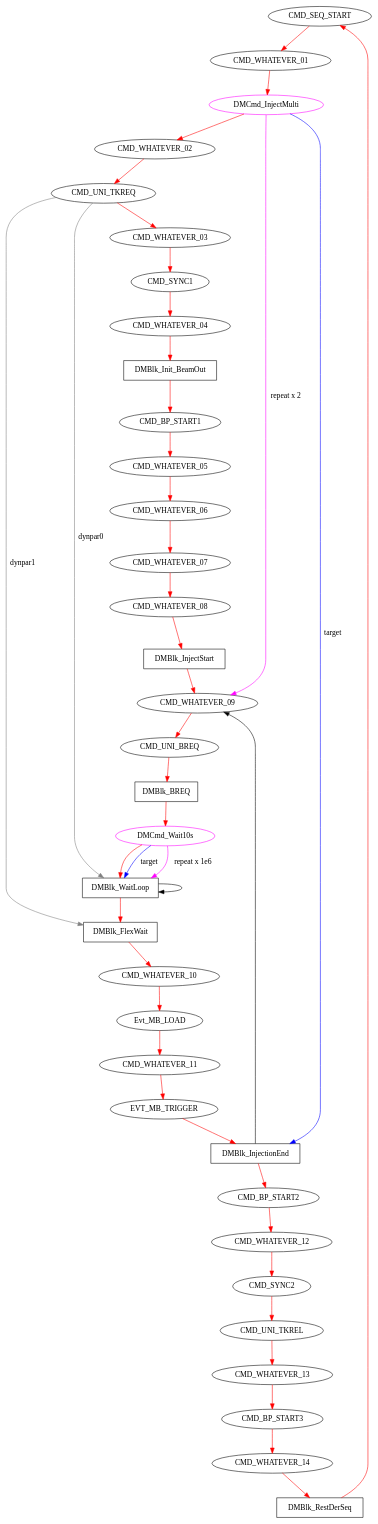
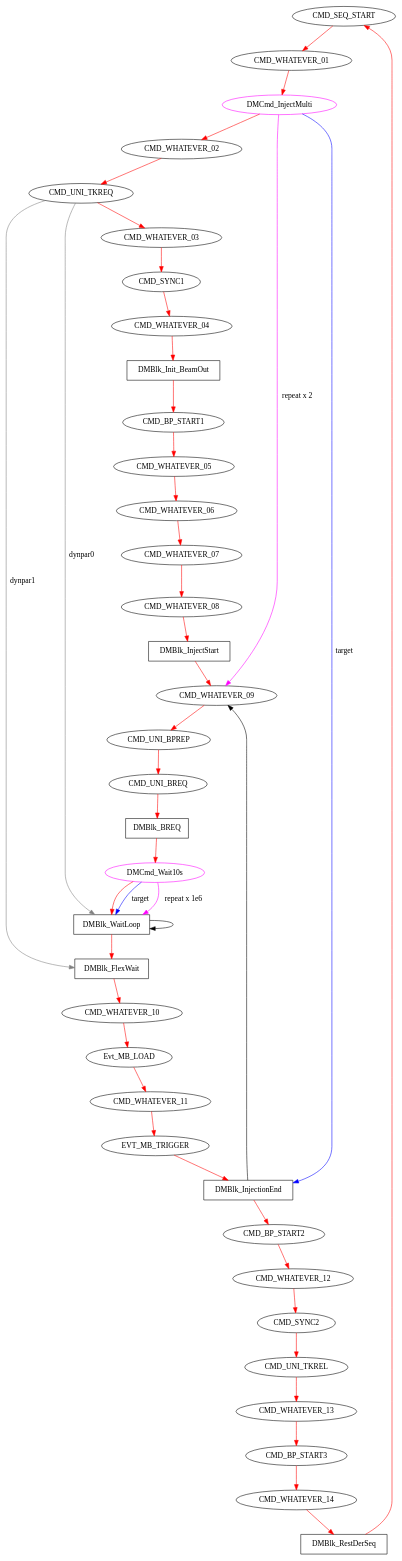
Before and after one commit to GSI-CS-CO/bel_projects: the diagram in modules/dm-unipz/x86/unipz_basic-test.dot, drawn with Graphviz.

Commit message:
dm-unipz: added CMD_UNI_PREP to unipz_basic_test.dot

```diff
--- a/modules/dm-unipz/x86/unipz_basic-test.dot
+++ b/modules/dm-unipz/x86/unipz_basic-test.dot
@@ -1,70 +1,71 @@
 digraph g {
 name="UniPZv01";
 
 graph [rankdir=TB, nodesep=0.6, mindist=0.6, ranksep=0.6, overlap=false]
 node  [type="tmsg",   shape="rectangle", style="filled", fillcolor="white", color="black", cpu="3"]
 edge  [type="defdst", color="red"]
 
-CMD_SEQ_START       [type="tmsg",      pattern="UNIPZ_GATEWAY", patentry="true",   toffs=        0, id="0x112cfaa000000001", par="0x123", shape="oval"]; 
-CMD_WHATEVER_01     [type="tmsg",      pattern="UNIPZ_GATEWAY",                    toffs=      100, id="0x112cfaa000000002", par="0x456", shape="oval"];
-DMCmd_InjectMulti   [type="flow",      pattern="UNIPZ_GATEWAY",                    toffs=      300, vabs="true", tValid=0, qty=1, color="magenta",     shape="oval"]; 
-CMD_WHATEVER_02     [type="tmsg",      pattern="UNIPZ_GATEWAY",                    toffs=      400, id="0x112cfaa000000003", par="0x456", shape="oval"];
-CMD_UNI_TKREQ       [type="tmsg",      pattern="UNIPZ_GATEWAY",                    toffs=      500, id="0x112c15e00000001a", par="0x0",   shape="oval"];
-CMD_WHATEVER_03     [type="tmsg",      pattern="UNIPZ_GATEWAY",                    toffs=     1000, id="0x112cfaa000000004", par="0x456", shape="oval"];
-CMD_SYNC1           [type="tmsg",      pattern="UNIPZ_GATEWAY",                    toffs= 28000000, id="0x112cfaa000000005", par="0x456", shape="oval"];
-CMD_WHATEVER_04     [type="tmsg",      pattern="UNIPZ_GATEWAY",                    toffs= 30000000, id="0x112cfaa000000006", par="0x456", shape="oval"];
-DMBlk_Init_BeamOut  [type="block",     pattern="UNIPZ_GATEWAY",                  tperiod=214000500];                                  
+CMD_SEQ_START       [type="tmsg",      pattern="UNIPZ_GATEWAY", patentry="true",   toffs=         0, id="0x112cfaa000000001", par="0x123", shape="oval"]; 
+CMD_WHATEVER_01     [type="tmsg",      pattern="UNIPZ_GATEWAY",                    toffs=       100, id="0x112cfaa000000002", par="0x456", shape="oval"];
+DMCmd_InjectMulti   [type="flow",      pattern="UNIPZ_GATEWAY",                    toffs=       300, vabs="true", tValid=0, qty=3, color="magenta",     shape="oval"]; 
+CMD_WHATEVER_02     [type="tmsg",      pattern="UNIPZ_GATEWAY",                    toffs=       400, id="0x112cfaa000000003", par="0x456", shape="oval"];
+CMD_UNI_TKREQ       [type="tmsg",      pattern="UNIPZ_GATEWAY",                    toffs=       500, id="0x112c15e000000006", par="0x0",   shape="oval"];
+CMD_WHATEVER_03     [type="tmsg",      pattern="UNIPZ_GATEWAY",                    toffs=      1000, id="0x112cfaa000000004", par="0x456", shape="oval"];
+CMD_SYNC1           [type="tmsg",      pattern="UNIPZ_GATEWAY",                    toffs=  28000000, id="0x112cfaa000000005", par="0x456", shape="oval"];
+CMD_WHATEVER_04     [type="tmsg",      pattern="UNIPZ_GATEWAY",                    toffs=  30000000, id="0x112cfaa000000006", par="0x456", shape="oval"];
+DMBlk_Init_BeamOut  [type="block",     pattern="UNIPZ_GATEWAY",                  tperiod= 214000500];                                  
 
-CMD_BP_START1       [type="tmsg",      pattern="UNIPZ_GATEWAY",                    toffs=        0, id="0x112cfaa000000007", par="0x456", shape="oval"];
-CMD_WHATEVER_05     [type="tmsg",      pattern="UNIPZ_GATEWAY",                    toffs= 28000000, id="0x112cfaa000000008", par="0x456", shape="oval"];
-CMD_WHATEVER_06     [type="tmsg",      pattern="UNIPZ_GATEWAY",                    toffs= 30000000, id="0x112cfaa000000009", par="0x456", shape="oval"];
-CMD_WHATEVER_07     [type="tmsg",      pattern="UNIPZ_GATEWAY",                    toffs= 58000000, id="0x112cfaa000000010", par="0x456", shape="oval"];
-CMD_WHATEVER_08     [type="tmsg",      pattern="UNIPZ_GATEWAY",                    toffs= 70000000, id="0x112cfaa000000011", par="0x456", shape="oval"];
-DMBlk_InjectStart   [type="block",     pattern="UNIPZ_GATEWAY",                  tperiod= 75000000];                                   
+CMD_BP_START1       [type="tmsg",      pattern="UNIPZ_GATEWAY",                    toffs=         0, id="0x112cfaa000000007", par="0x456", shape="oval"];
+CMD_WHATEVER_05     [type="tmsg",      pattern="UNIPZ_GATEWAY",                    toffs=  28000000, id="0x112cfaa000000008", par="0x456", shape="oval"];
+CMD_WHATEVER_06     [type="tmsg",      pattern="UNIPZ_GATEWAY",                    toffs=  30000000, id="0x112cfaa000000009", par="0x456", shape="oval"];
+CMD_WHATEVER_07     [type="tmsg",      pattern="UNIPZ_GATEWAY",                    toffs=  58000000, id="0x112cfaa000000010", par="0x456", shape="oval"];
+CMD_WHATEVER_08     [type="tmsg",      pattern="UNIPZ_GATEWAY",                    toffs=  70000000, id="0x112cfaa000000011", par="0x456", shape="oval"];
+DMBlk_InjectStart   [type="block",     pattern="UNIPZ_GATEWAY",                  tperiod=  75000000];                                   
 
-CMD_WHATEVER_09     [type="tmsg",      pattern="UNIPZ_GATEWAY",                    toffs=        0, id="0x112cfaa000000012", par="0x456", shape="oval"];
-CMD_UNI_BREQ        [type="tmsg",      pattern="UNIPZ_GATEWAY",                    toffs= 30000000, id="0x112c16000000001a", par="0x456", shape="oval"];
-DMBlk_BREQ          [type="block",     pattern="UNIPZ_GATEWAY",                  tperiod= 30001000];                                 
-DMCmd_Wait10s       [type="flow",      pattern="UNIPZ_GATEWAY",                    toffs=        0, vabs="true", tValid=0, qty=1000000, color="magenta", shape="oval"]; 
-DMBlk_WaitLoop      [type="block",     pattern="UNIPZ_GATEWAY",                  tperiod=    10000, qil="1", qhi="1", qlo="1"];     
-DMBlk_FlexWait      [type="block",     pattern="UNIPZ_GATEWAY",                  tperiod=    71111, qil="1", qhi="1", qlo="1"];     
-CMD_WHATEVER_10     [type="tmsg",      pattern="UNIPZ_GATEWAY",                    toffs=        0, id="0x112cfaa000000013", par="0x456", shape="oval"]; 
-Evt_MB_LOAD         [type="tmsg",      pattern="UNIPZ_GATEWAY",                    toffs=  6500000, id="0x112c027000000014", par="0x456", shape="oval"]; 
-CMD_WHATEVER_11     [type="tmsg",      pattern="UNIPZ_GATEWAY",                    toffs=  7000000, id="0x112cfaa000000015", par="0x456", shape="oval"];
-EVT_MB_TRIGGER      [type="tmsg",      pattern="UNIPZ_GATEWAY",                    toffs=  8500000, id="0x112c028000000016", par="0x456", shape="oval"]; 
-DMBlk_InjectionEnd  [type="blockalign",pattern="UNIPZ_GATEWAY",                  tperiod= 26000000, qil="1", qhi="1", qlo="1"];                          
+CMD_WHATEVER_09     [type="tmsg",      pattern="UNIPZ_GATEWAY",                    toffs=         0, id="0x112cfaa000000012", par="0x456", shape="oval"];
+CMD_UNI_BPREP       [type="tmsg",      pattern="UNIPZ_GATEWAY",                    toffs=  29000000, id="0x112c161000000006", par="0x456", shape="oval"];
+CMD_UNI_BREQ        [type="tmsg",      pattern="UNIPZ_GATEWAY",                    toffs= 130000000, id="0x112c160000000006", par="0x456", shape="oval"];
+DMBlk_BREQ          [type="block",     pattern="UNIPZ_GATEWAY",                  tperiod= 130001000];                                 
+DMCmd_Wait10s       [type="flow",      pattern="UNIPZ_GATEWAY",                    toffs=         0, vabs="true", tValid=0, qty=1000000, color="magenta", shape="oval"]; 
+DMBlk_WaitLoop      [type="block",     pattern="UNIPZ_GATEWAY",                  tperiod=     10000, qil="1", qhi="1", qlo="1"];     
+DMBlk_FlexWait      [type="block",     pattern="UNIPZ_GATEWAY",                  tperiod=     71111, qil="1", qhi="1", qlo="1"];     
+CMD_WHATEVER_10     [type="tmsg",      pattern="UNIPZ_GATEWAY",                    toffs=         0, id="0x112cfaa000000013", par="0x456", shape="oval"]; 
+Evt_MB_LOAD         [type="tmsg",      pattern="UNIPZ_GATEWAY",                    toffs=   6500000, id="0x112c027000000014", par="0x456", shape="oval"]; 
+CMD_WHATEVER_11     [type="tmsg",      pattern="UNIPZ_GATEWAY",                    toffs=   7000000, id="0x112cfaa000000015", par="0x456", shape="oval"];
+EVT_MB_TRIGGER      [type="tmsg",      pattern="UNIPZ_GATEWAY",                    toffs=   8500000, id="0x112c028000000016", par="0x456", shape="oval"]; 
+DMBlk_InjectionEnd  [type="blockalign",pattern="UNIPZ_GATEWAY",                  tperiod=  26000000, qil="1", qhi="1", qlo="1"];                          
 
-CMD_BP_START2       [type="tmsg",      pattern="UNIPZ_GATEWAY",                    toffs=      500, id="0x112cfaa000000017", par="0x456", shape="oval"]; 
-CMD_WHATEVER_12     [type="tmsg",      pattern="UNIPZ_GATEWAY",                    toffs=     1000, id="0x112cfaa000000018", par="0x456", shape="oval"];
-CMD_SYNC2           [type="tmsg",      pattern="UNIPZ_GATEWAY",                    toffs= 28000000, id="0x112cfaa00000001d", par="0x456", shape="oval"]; 
-CMD_UNI_TKREL       [type="tmsg",      pattern="UNIPZ_GATEWAY",                    toffs= 30000000, id="0x112c15f00000001a", par="0x456", shape="oval"]; 
-CMD_WHATEVER_13     [type="tmsg",      pattern="UNIPZ_GATEWAY",                    toffs=200000000, id="0x112cfaa000000021", par="0x456", shape="oval"];
-CMD_BP_START3       [type="tmsg",      pattern="UNIPZ_GATEWAY",                    toffs=500000000, id="0x112cfaa000000022", par="0x456", shape="oval"]; 
-CMD_WHATEVER_14     [type="tmsg",      pattern="UNIPZ_GATEWAY",                    toffs=500000100, id="0x112cfaa000000023", par="0x456", shape="oval"];
-DMBlk_RestDerSeq    [type="block",     pattern="UNIPZ_GATEWAY", patexit="true", tperiod= 550000000, qil="1", qhi="1", qlo="1"];                          
+CMD_BP_START2       [type="tmsg",      pattern="UNIPZ_GATEWAY",                    toffs=       500, id="0x112cfaa000000017", par="0x456", shape="oval"]; 
+CMD_WHATEVER_12     [type="tmsg",      pattern="UNIPZ_GATEWAY",                    toffs=      1000, id="0x112cfaa000000018", par="0x456", shape="oval"];
+CMD_SYNC2           [type="tmsg",      pattern="UNIPZ_GATEWAY",                    toffs=  28000000, id="0x112cfaa00000001d", par="0x456", shape="oval"]; 
+CMD_UNI_TKREL       [type="tmsg",      pattern="UNIPZ_GATEWAY",                    toffs=  30000000, id="0x112c15f000000006", par="0x456", shape="oval"]; 
+CMD_WHATEVER_13     [type="tmsg",      pattern="UNIPZ_GATEWAY",                    toffs= 200000000, id="0x112cfaa000000021", par="0x456", shape="oval"];
+CMD_BP_START3       [type="tmsg",      pattern="UNIPZ_GATEWAY",                    toffs= 500000000, id="0x112cfaa000000022", par="0x456", shape="oval"]; 
+CMD_WHATEVER_14     [type="tmsg",      pattern="UNIPZ_GATEWAY",                    toffs= 500000100, id="0x112cfaa000000023", par="0x456", shape="oval"];
+DMBlk_RestDerSeq    [type="block",     pattern="UNIPZ_GATEWAY", patexit="true", tperiod=  550000000, qil="1", qhi="1", qlo="1"];                          
 
 CMD_SEQ_START -> CMD_WHATEVER_01 -> DMCmd_InjectMulti -> CMD_WHATEVER_02 -> CMD_UNI_TKREQ -> CMD_WHATEVER_03 -> CMD_SYNC1 -> CMD_WHATEVER_04 -> DMBlk_Init_BeamOut -> CMD_BP_START1;
 
 CMD_BP_START1 -> CMD_WHATEVER_05 -> CMD_WHATEVER_06 -> CMD_WHATEVER_07 -> CMD_WHATEVER_08 -> DMBlk_InjectStart -> CMD_WHATEVER_09;
 
 DMCmd_InjectMulti  -> DMBlk_InjectionEnd [type="target",  color="blue",    label="target"];
 DMCmd_InjectMulti  -> CMD_WHATEVER_09     [type="flowdst", color="magenta", label="repeat x 2"];
 
 CMD_UNI_TKREQ  -> DMBlk_WaitLoop      [type="dynpar0", color="grey", label="dynpar0"];  
 CMD_UNI_TKREQ  -> DMBlk_FlexWait      [type="dynpar1", color="grey", label="dynpar1"];  
 
 DMCmd_Wait10s  -> DMBlk_WaitLoop [type="target",  color="blue",    label="target"];
 DMCmd_Wait10s  -> DMBlk_WaitLoop [type="flowdst", color="magenta", label="repeat x 1e6"];
 
-CMD_WHATEVER_09 -> CMD_UNI_BREQ  -> DMBlk_BREQ -> DMCmd_Wait10s -> DMBlk_WaitLoop -> DMBlk_FlexWait;
+CMD_WHATEVER_09 -> CMD_UNI_BPREP -> CMD_UNI_BREQ  -> DMBlk_BREQ -> DMCmd_Wait10s -> DMBlk_WaitLoop -> DMBlk_FlexWait;
 
 DMBlk_WaitLoop -> DMBlk_WaitLoop [type="altdst", color="black"];
 
 DMBlk_FlexWait -> CMD_WHATEVER_10 -> Evt_MB_LOAD -> CMD_WHATEVER_11 -> EVT_MB_TRIGGER -> DMBlk_InjectionEnd;
 
 DMBlk_InjectionEnd -> CMD_WHATEVER_09 [type="altdst", color="black"];
 
 
 DMBlk_InjectionEnd -> CMD_BP_START2 -> CMD_WHATEVER_12 -> CMD_SYNC2 -> CMD_UNI_TKREL -> CMD_WHATEVER_13 -> CMD_BP_START3 -> CMD_WHATEVER_14 -> DMBlk_RestDerSeq -> CMD_SEQ_START;
 
 }
```
